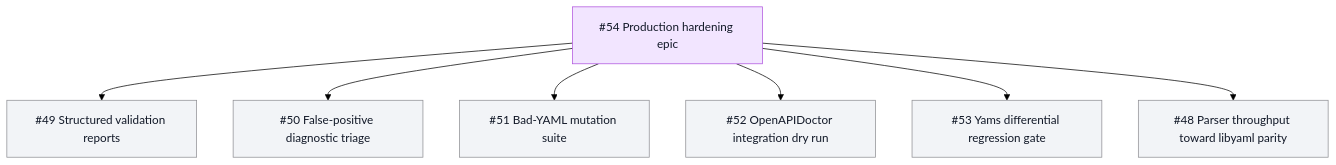
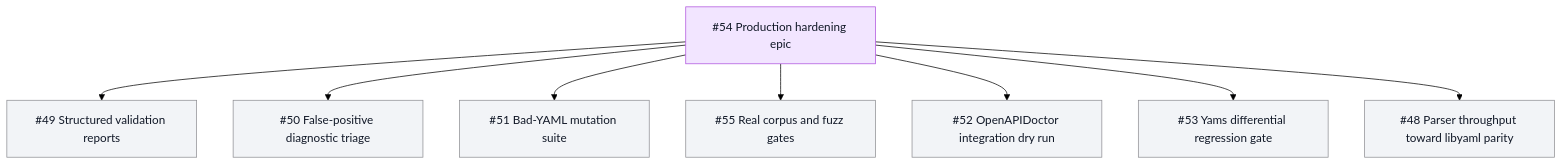
The second of 2 diagrams in README.md (mihaelamj/PureYAML), drawn with Mermaid (forest theme) before and after one commit. The commit also changed other lines of this file and 2 other files, not shown here.

Commit message:
docs(corpus): document real seed gates

````diff
--- a/README.md
+++ b/README.md
@@ -49,20 +49,22 @@
 ```mermaid
 flowchart TB
   classDef done fill:#ddf9e4,stroke:#34c759,color:#111827
   classDef review fill:#fff7d6,stroke:#ffcc00,color:#111827
   classDef epic fill:#f2e5ff,stroke:#af52de,color:#111827
   classDef todo fill:#f2f4f7,stroke:#8e8e93,color:#111827
   E54["#54 Production hardening epic"]:::epic
   I49["#49 Structured validation reports"]:::todo
   I50["#50 False-positive diagnostic triage"]:::todo
   I51["#51 Bad-YAML mutation suite"]:::todo
+  I55["#55 Real corpus and fuzz gates"]:::todo
   I52["#52 OpenAPIDoctor integration dry run"]:::todo
   I53["#53 Yams differential regression gate"]:::todo
   I48["#48 Parser throughput toward libyaml parity"]:::todo
   E54 --> I49
   E54 --> I50
   E54 --> I51
+  E54 --> I55
   E54 --> I52
   E54 --> I53
   E54 --> I48
 ```
````
